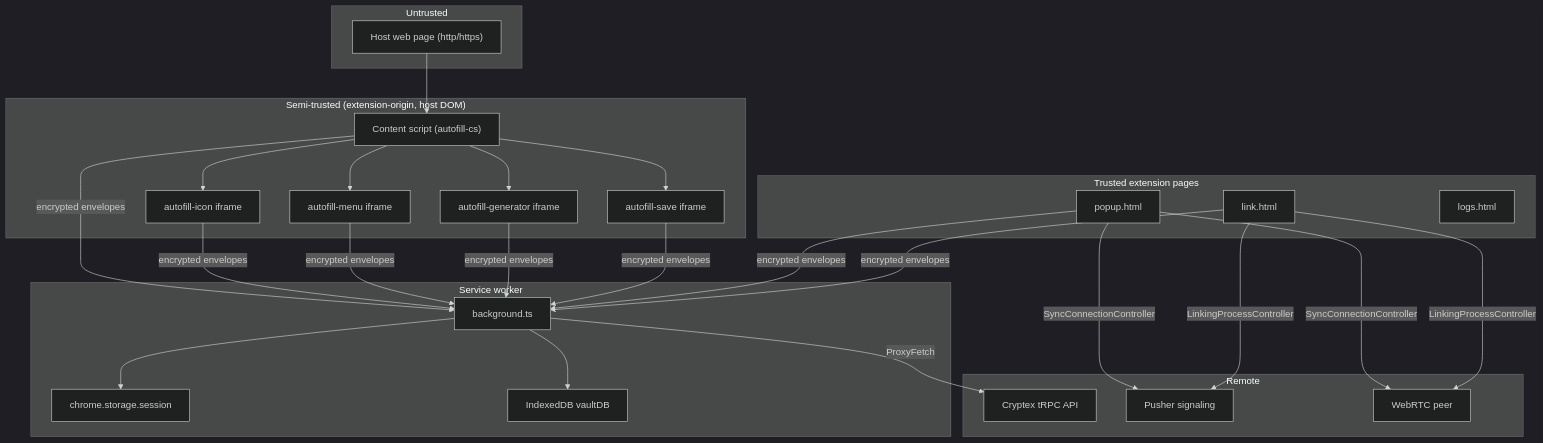
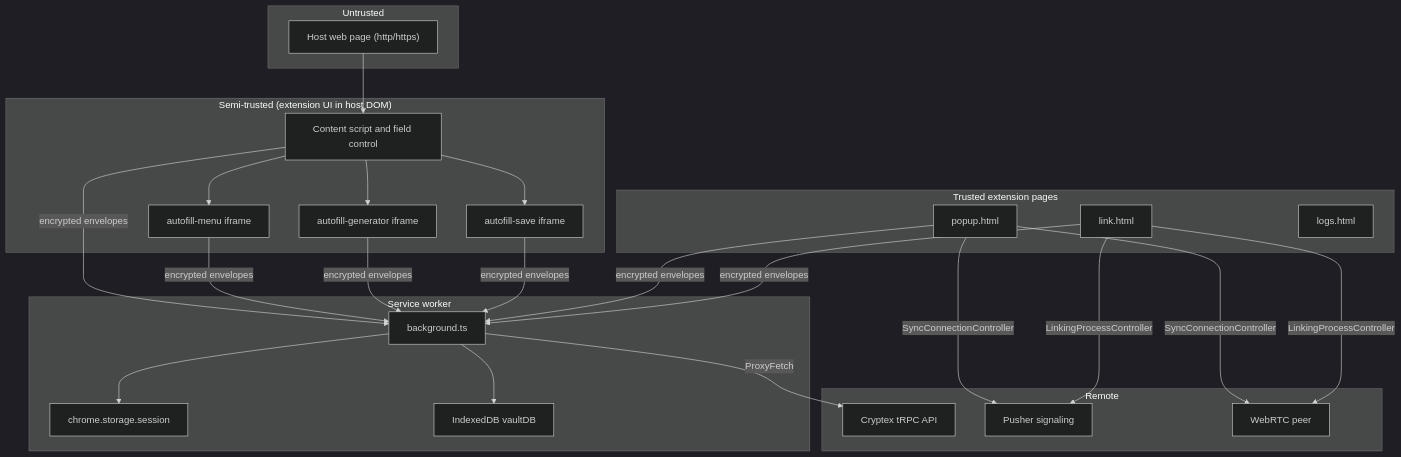
The diagram in extension/docs/architecture/overview.md (CryptexIndustries/vault-web), drawn with Mermaid (dark theme) before and after one commit. The commit also changed other lines of this file and 19 other files, not shown here.

Commit message:
refactor(ext): remove autofill-icon HTML and related assets, transitioning to inline icon implementation

````diff
--- a/extension/docs/architecture/overview.md
+++ b/extension/docs/architecture/overview.md
@@ -9,40 +9,39 @@
 ```mermaid
 flowchart TB
     subgraph untrusted["Untrusted"]
         HostPage["Host web page (http/https)"]
     end
 
-    subgraph semi["Semi-trusted (extension-origin, host DOM)"]
-        CS["Content script (autofill-cs)"]
-        Icon["autofill-icon iframe"]
+    subgraph semi["Semi-trusted (extension UI in host DOM)"]
+        CS["Content script and field control"]
         Menu["autofill-menu iframe"]
         Gen["autofill-generator iframe"]
         Save["autofill-save iframe"]
     end
 
     subgraph trusted["Trusted extension pages"]
         Popup["popup.html"]
         Link["link.html"]
         Logs["logs.html"]
     end
 
     subgraph sw["Service worker"]
         BG["background.ts"]
         Store["chrome.storage.session"]
         IDB["IndexedDB vaultDB"]
     end
 
     subgraph remote["Remote"]
         API["Cryptex tRPC API"]
         Pusher["Pusher signaling"]
         Peer["WebRTC peer"]
     end
 
     HostPage --> CS
-    CS --> Icon & Menu & Gen & Save
-    CS & Icon & Menu & Gen & Save & Popup & Link -->|encrypted envelopes| BG
+    CS --> Menu & Gen & Save
+    CS & Menu & Gen & Save & Popup & Link -->|encrypted envelopes| BG
     Popup -->|SyncConnectionController| Pusher & Peer
     Link -->|LinkingProcessController| Pusher & Peer
     BG --> Store & IDB
     BG -->|ProxyFetch| API
 ```
````
